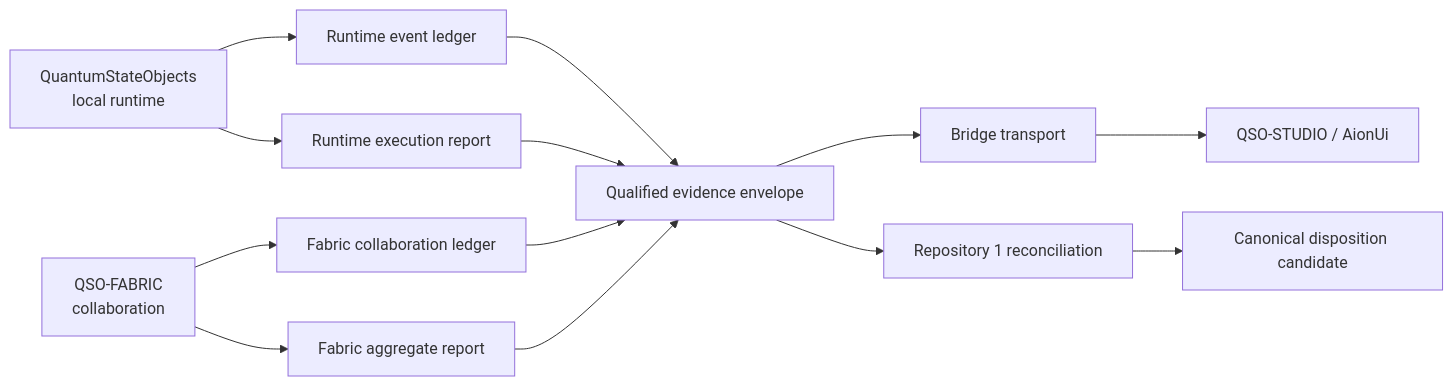
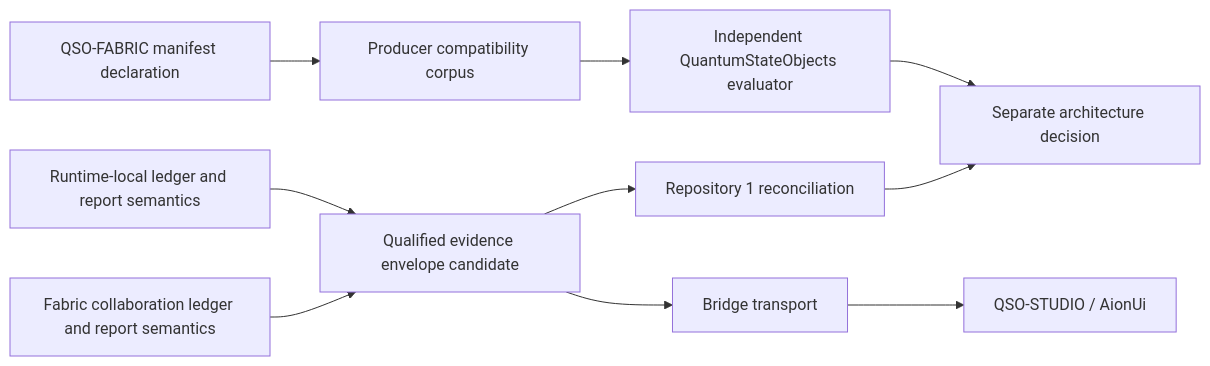
Before and after one commit to aevespers2/QuantumStateObjects: the diagram in docs/ecosystem-interface-compatibility.md, drawn with Mermaid. The commit also changed other lines of this file, not shown here.

Commit message:
docs: consolidate interface architecture and independent evidence

````diff
--- a/docs/ecosystem-interface-compatibility.md
+++ b/docs/ecosystem-interface-compatibility.md
@@ -97,15 +100,23 @@
 ```mermaid
 flowchart LR
-    Runtime[QuantumStateObjects\nlocal runtime] --> RLedger[Runtime event ledger]
-    Runtime --> RReport[Runtime execution report]
-    Fabric[QSO-FABRIC\ncollaboration] --> FLedger[Fabric collaboration ledger]
-    Fabric --> FReport[Fabric aggregate report]
-    RLedger --> Envelope[Qualified evidence envelope]
-    RReport --> Envelope
-    FLedger --> Envelope
-    FReport --> Envelope
-    Envelope --> Bridge[Bridge transport]
-    Envelope --> One[Repository 1 reconciliation]
-    Bridge --> UI[QSO-STUDIO / AionUi]
-    One --> Disposition[Canonical disposition candidate]
+    Manifest[QSO-FABRIC manifest declaration]
+    Corpus[Producer compatibility corpus]
+    Consumer[Independent QuantumStateObjects evaluator]
+    Local[Runtime-local ledger and report semantics]
+    Fabric[Fabric collaboration ledger and report semantics]
+    Envelope[Qualified evidence envelope candidate]
+    Bridge[Bridge transport]
+    UI[QSO-STUDIO / AionUi]
+    One[Repository 1 reconciliation]
+    Decision[Separate architecture decision]
+
+    Manifest --> Corpus
+    Corpus --> Consumer
+    Consumer --> Decision
+    Local --> Envelope
+    Fabric --> Envelope
+    Envelope --> Bridge
+    Bridge --> UI
+    Envelope --> One
+    One --> Decision
 ```
````
